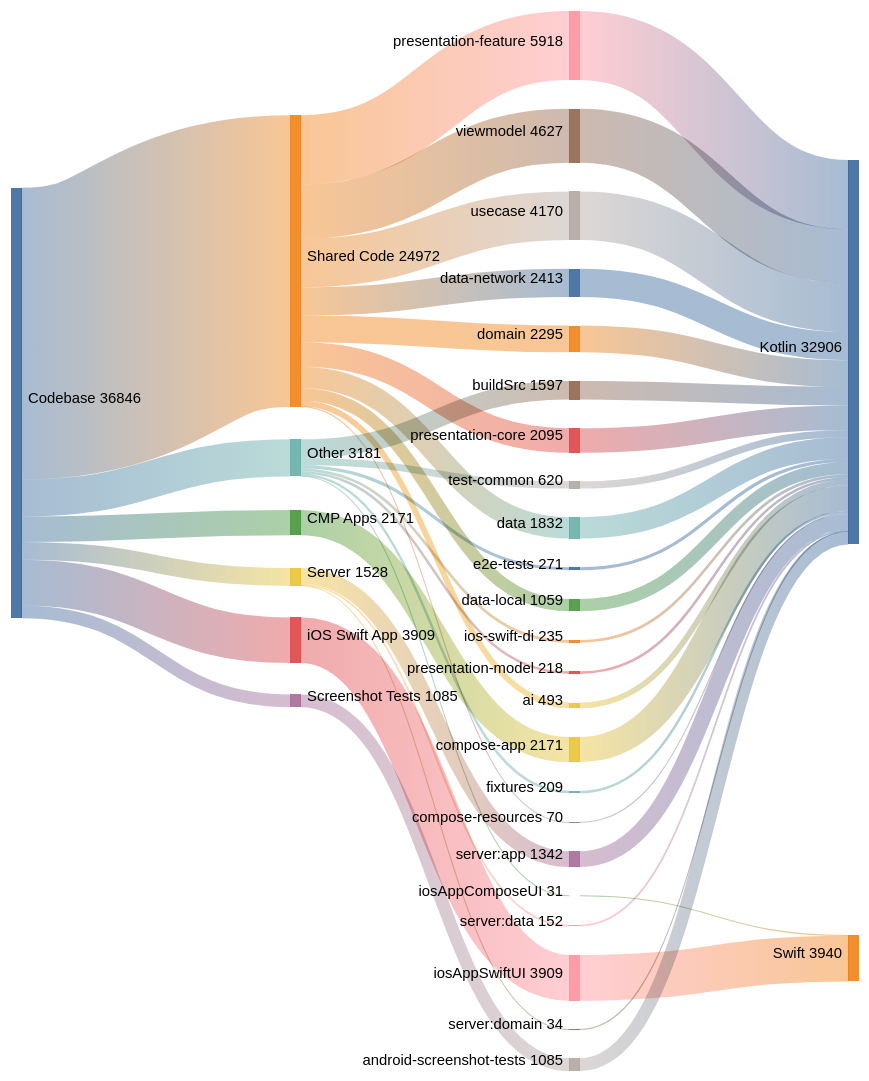
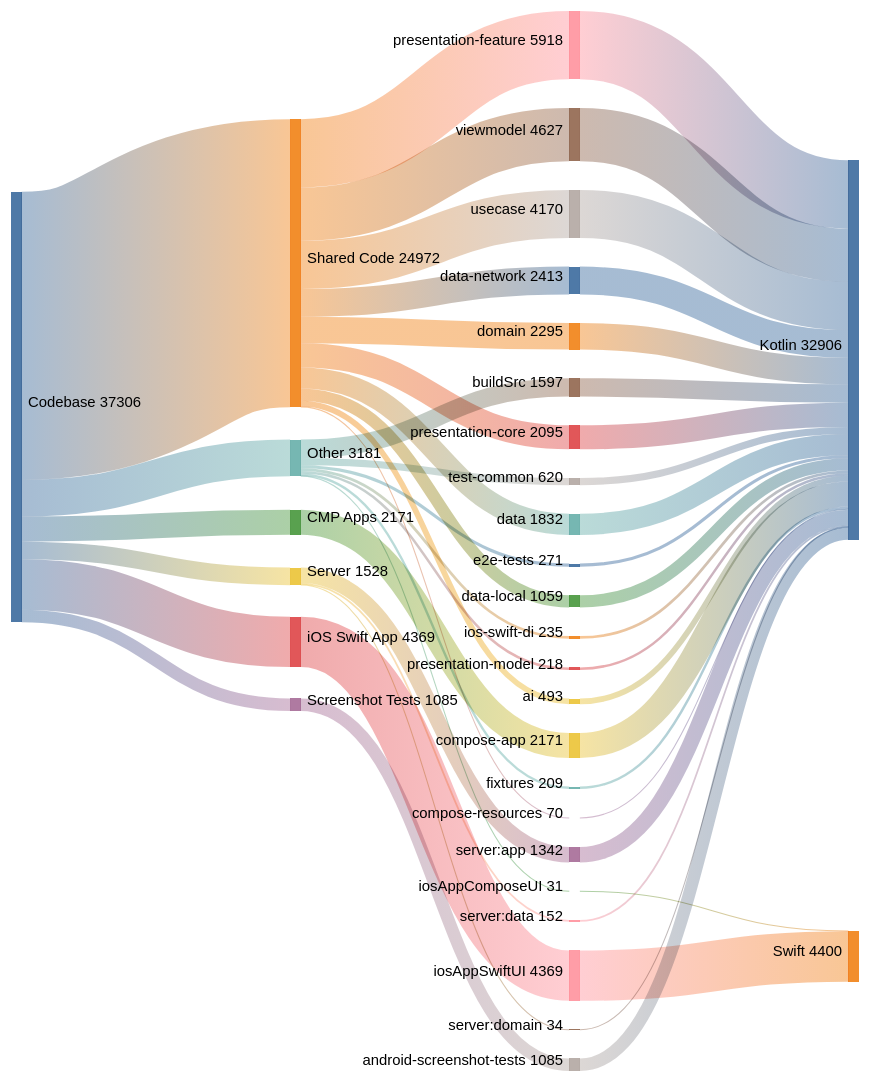
The diagram in README.md (cartland/battery-butler), drawn with Mermaid (forest theme) before and after one commit. The commit also changed 2 other files, not shown here.

Commit message:
docs(generated): Regenerate architecture diagrams and analysis (#941)

````diff
--- a/README.md
+++ b/README.md
@@ -34,73 +34,73 @@
 ```mermaid
 ---
 config:
   sankey:
     showValues: true
     width: 800
     height: 1000
     nodeAlignment: justify
     linkColor: gradient
 ---
 %% GENERATED FILE - DO NOT EDIT
 sankey-beta
 
 Codebase,Shared Code,24972
-Codebase,iOS Swift App,3909
+Codebase,iOS Swift App,4369
 Codebase,Other,3181
 Codebase,CMP Apps,2171
 Codebase,Server,1528
 Codebase,Screenshot Tests,1085
 
 Shared Code,presentation-feature,5918
 Shared Code,viewmodel,4627
 Shared Code,usecase,4170
 Shared Code,data-network,2413
 Shared Code,domain,2295
 Shared Code,presentation-core,2095
 Shared Code,data,1832
 Shared Code,data-local,1059
 Shared Code,ai,493
 Shared Code,compose-resources,70
 
-iOS Swift App,iosAppSwiftUI,3909
+iOS Swift App,iosAppSwiftUI,4369
 
 Other,buildSrc,1597
 Other,test-common,620
 Other,e2e-tests,271
 Other,ios-swift-di,235
 Other,presentation-model,218
 Other,fixtures,209
 Other,iosAppComposeUI,31
 
 CMP Apps,compose-app,2171
 
 Server,server:app,1342
 Server,server:data,152
 Server,server:domain,34
 
 Screenshot Tests,android-screenshot-tests,1085
 
 presentation-feature,Kotlin,5918
 viewmodel,Kotlin,4627
+iosAppSwiftUI,Swift,4369
 usecase,Kotlin,4170
-iosAppSwiftUI,Swift,3909
 data-network,Kotlin,2413
 domain,Kotlin,2295
 compose-app,Kotlin,2171
 presentation-core,Kotlin,2095
 data,Kotlin,1832
 buildSrc,Kotlin,1597
 server:app,Kotlin,1342
 android-screenshot-tests,Kotlin,1085
 data-local,Kotlin,1059
 test-common,Kotlin,620
 ai,Kotlin,493
 e2e-tests,Kotlin,271
 ios-swift-di,Kotlin,235
 presentation-model,Kotlin,218
 fixtures,Kotlin,209
 server:data,Kotlin,152
 compose-resources,Kotlin,70
 server:domain,Kotlin,34
 iosAppComposeUI,Swift,31
 ```
````
